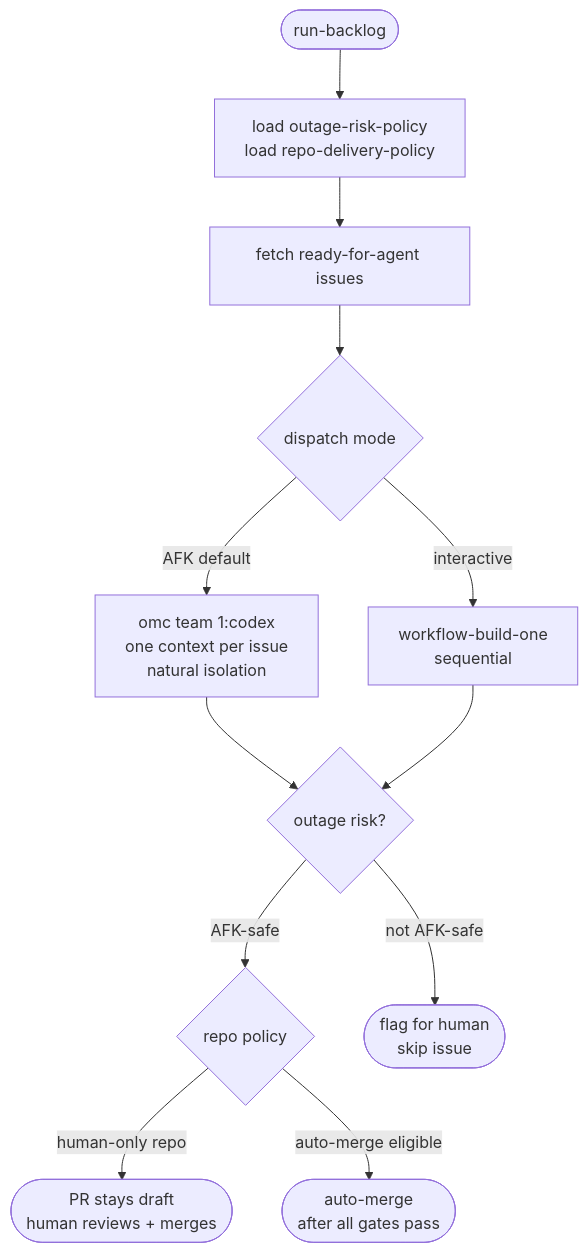
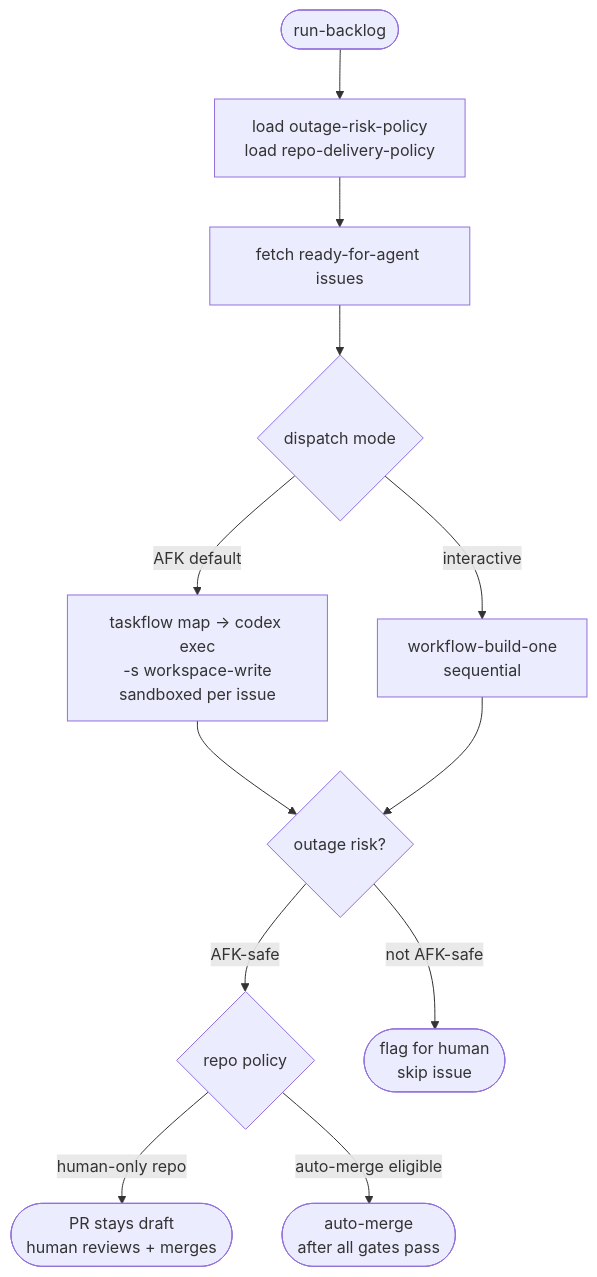
Before and after one commit to johnalexwelch/dotdev: the fifth of 13 diagrams in AI_ENVIRONMENT.md, drawn with Mermaid. The commit also changed other lines of this file and 41 other files, not shown here.

First line of the commit message:
chore: remove omc from skills corpus + docs; repoint dispatch to taskflow+codex

````diff
--- a/AI_ENVIRONMENT.md
+++ b/AI_ENVIRONMENT.md
@@ -188,19 +188,19 @@
 ```mermaid
 flowchart TD
     A([run-backlog]) --> B[load outage-risk-policy\nload repo-delivery-policy]
     B --> C[fetch ready-for-agent issues]
     C --> D{dispatch mode}
 
-    D -->|AFK default| E[omc team 1:codex\none context per issue\nnatural isolation]
+    D -->|AFK default| E[taskflow map → codex exec\n-s workspace-write\nsandboxed per issue]
     D -->|interactive| F[workflow-build-one\nsequential]
 
     E --> GATE
     F --> GATE
 
     GATE{outage risk?}
     GATE -->|AFK-safe| POL{repo policy}
     GATE -->|not AFK-safe| HAND([flag for human\nskip issue])
 
     POL -->|human-only repo| DRAFT([PR stays draft\nhuman reviews + merges])
     POL -->|auto-merge eligible| AUTO([auto-merge\nafter all gates pass])
 ```
````
